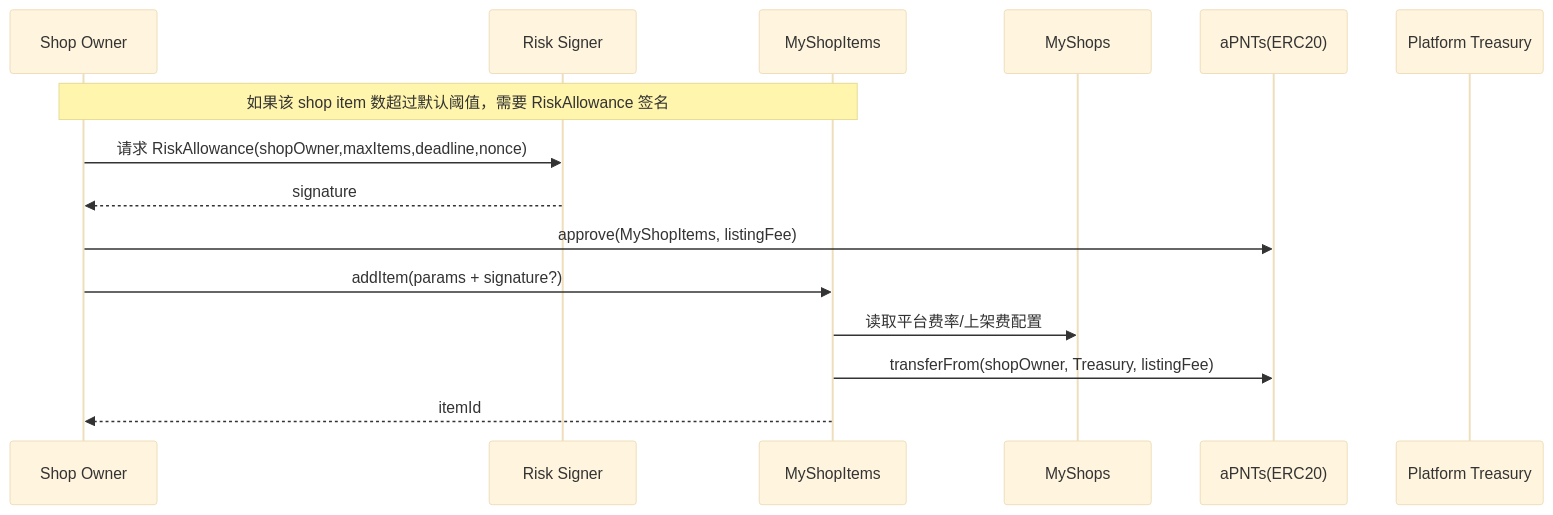
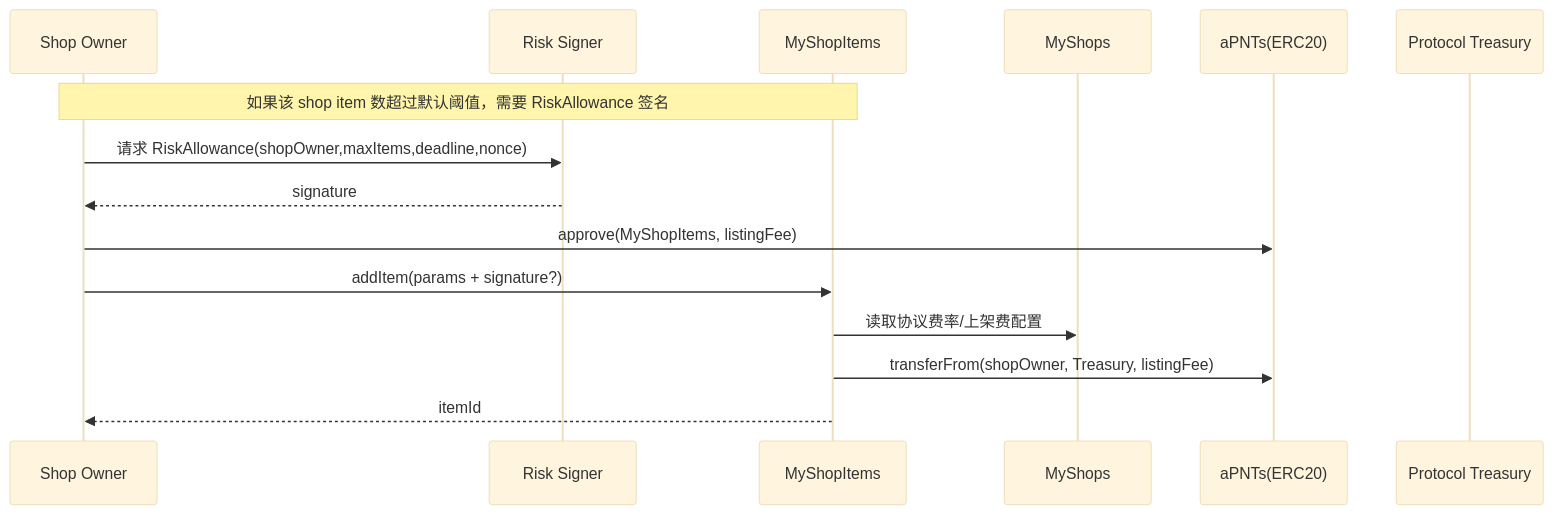
One commit to jhfnetboy/MyShop changed the third of 4 diagrams in README.md. Above: the diagram before and after it, drawn with Mermaid (base theme). The commit also changed other lines of this file and 4 other files, not shown here.

Commit message:
docs: rename platform to protocol

````diff
--- a/README.md
+++ b/README.md
@@ -69,18 +69,18 @@
 ```mermaid
 sequenceDiagram
   participant ShopOwner as Shop Owner
   participant Risk as Risk Signer
   participant Items as MyShopItems
   participant Shops as MyShops
   participant APNTs as aPNTs(ERC20)
-  participant Treasury as Platform Treasury
+  participant Treasury as Protocol Treasury
 
   Note over ShopOwner,Items: 如果该 shop item 数超过默认阈值，需要 RiskAllowance 签名
   ShopOwner->>Risk: 请求 RiskAllowance(shopOwner,maxItems,deadline,nonce)
   Risk-->>ShopOwner: signature
   ShopOwner->>APNTs: approve(MyShopItems, listingFee)
   ShopOwner->>Items: addItem(params + signature?)
-  Items->>Shops: 读取平台费率/上架费配置
+  Items->>Shops: 读取协议费率/上架费配置
   Items->>APNTs: transferFrom(shopOwner, Treasury, listingFee)
   Items-->>ShopOwner: itemId
 ```
````
